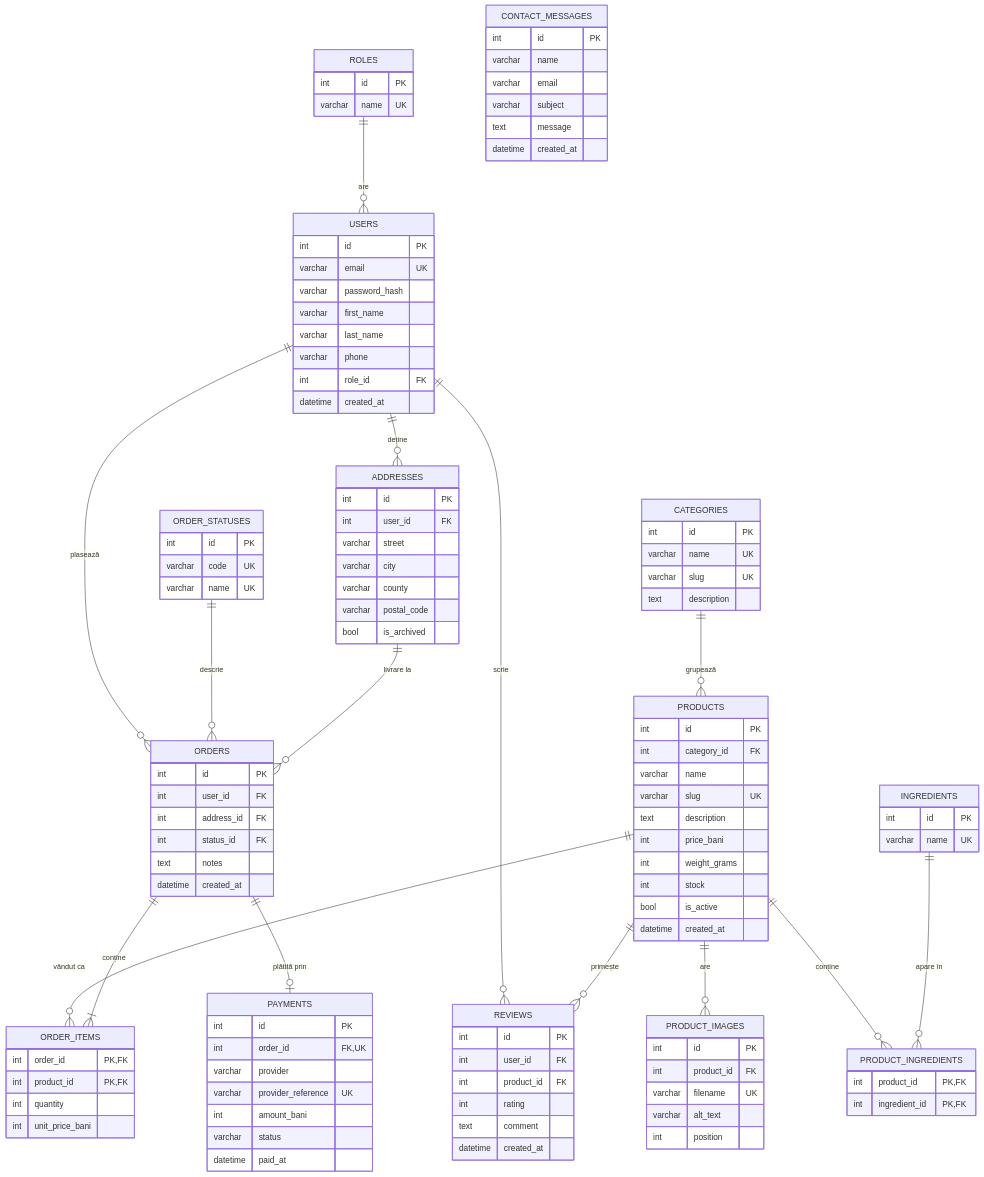
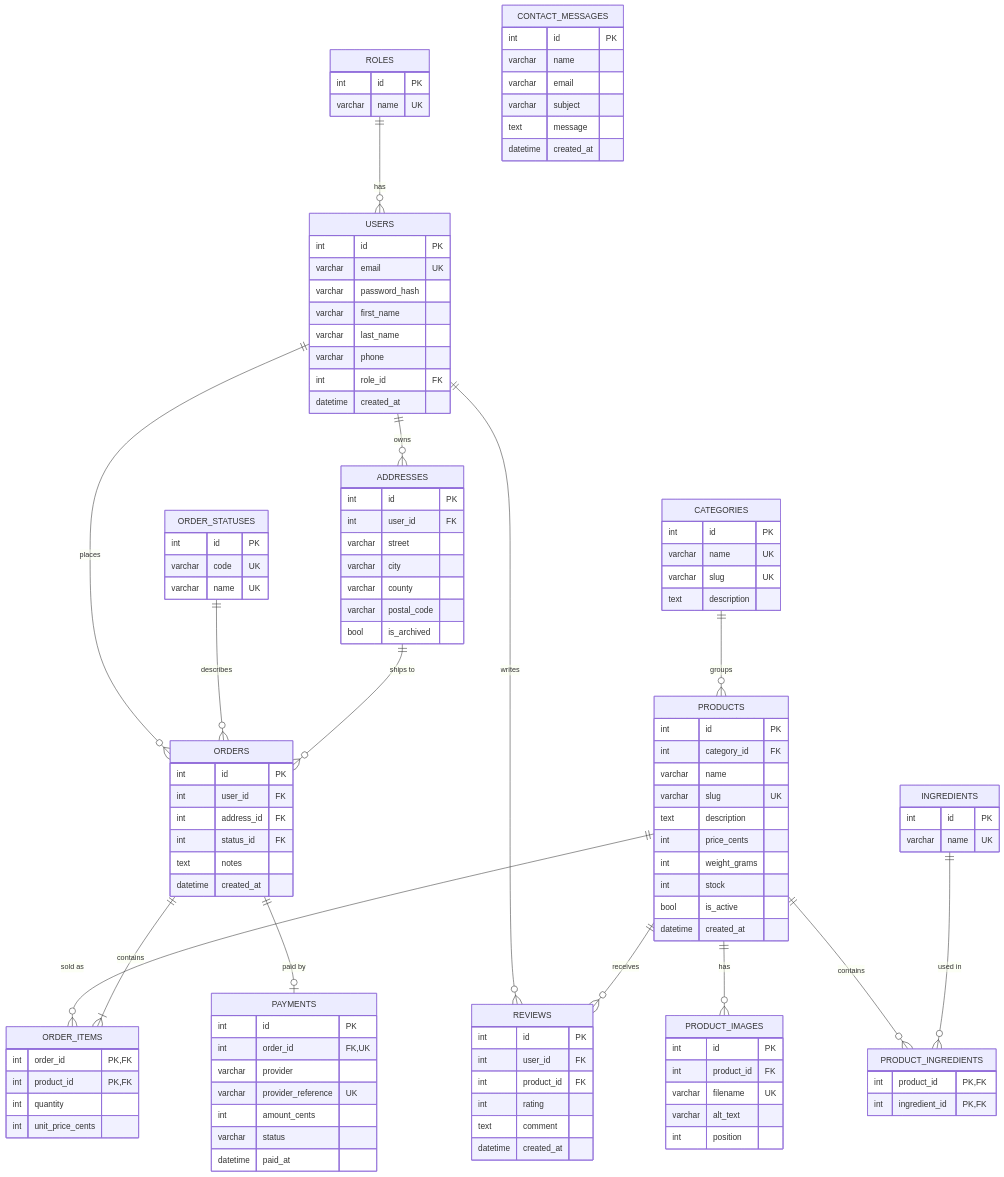
The diagram in docs/database.mmd (SebiSomu/Site-DAW), drawn with Mermaid before and after one commit. The commit also changed 8 other files, not shown here.

```diff
--- a/docs/database.mmd
+++ b/docs/database.mmd
@@ -1,115 +1,115 @@
 erDiagram
   ROLES {
     int id PK
     varchar name UK
   }
   USERS {
     int id PK
     varchar email UK
     varchar password_hash
     varchar first_name
     varchar last_name
     varchar phone
     int role_id FK
     datetime created_at
   }
   ADDRESSES {
     int id PK
     int user_id FK
     varchar street
     varchar city
     varchar county
     varchar postal_code
     bool is_archived
   }
   CATEGORIES {
     int id PK
     varchar name UK
     varchar slug UK
     text description
   }
   PRODUCTS {
     int id PK
     int category_id FK
     varchar name
     varchar slug UK
     text description
-    int price_bani
+    int price_cents
     int weight_grams
     int stock
     bool is_active
     datetime created_at
   }
   PRODUCT_IMAGES {
     int id PK
     int product_id FK
     varchar filename UK
     varchar alt_text
     int position
   }
   INGREDIENTS {
     int id PK
     varchar name UK
   }
   PRODUCT_INGREDIENTS {
     int product_id PK,FK
     int ingredient_id PK,FK
   }
   ORDER_STATUSES {
     int id PK
     varchar code UK
     varchar name UK
   }
   ORDERS {
     int id PK
     int user_id FK
     int address_id FK
     int status_id FK
     text notes
     datetime created_at
   }
   ORDER_ITEMS {
     int order_id PK,FK
     int product_id PK,FK
     int quantity
-    int unit_price_bani
+    int unit_price_cents
   }
   PAYMENTS {
     int id PK
     int order_id FK,UK
     varchar provider
     varchar provider_reference UK
-    int amount_bani
+    int amount_cents
     varchar status
     datetime paid_at
   }
   REVIEWS {
     int id PK
     int user_id FK
     int product_id FK
     int rating
     text comment
     datetime created_at
   }
   CONTACT_MESSAGES {
     int id PK
     varchar name
     varchar email
     varchar subject
     text message
     datetime created_at
   }
-  ROLES ||--o{ USERS : "are"
-  USERS ||--o{ ADDRESSES : "deține"
-  USERS ||--o{ ORDERS : "plasează"
-  USERS ||--o{ REVIEWS : "scrie"
-  CATEGORIES ||--o{ PRODUCTS : "grupează"
-  PRODUCTS ||--o{ PRODUCT_IMAGES : "are"
-  PRODUCTS ||--o{ PRODUCT_INGREDIENTS : "conține"
-  INGREDIENTS ||--o{ PRODUCT_INGREDIENTS : "apare în"
-  PRODUCTS ||--o{ ORDER_ITEMS : "vândut ca"
-  PRODUCTS ||--o{ REVIEWS : "primește"
-  ORDERS ||--|{ ORDER_ITEMS : "conține"
-  ORDER_STATUSES ||--o{ ORDERS : "descrie"
-  ADDRESSES ||--o{ ORDERS : "livrare la"
-  ORDERS ||--o| PAYMENTS : "plătită prin"
+  ROLES ||--o{ USERS : "has"
+  USERS ||--o{ ADDRESSES : "owns"
+  USERS ||--o{ ORDERS : "places"
+  USERS ||--o{ REVIEWS : "writes"
+  CATEGORIES ||--o{ PRODUCTS : "groups"
+  PRODUCTS ||--o{ PRODUCT_IMAGES : "has"
+  PRODUCTS ||--o{ PRODUCT_INGREDIENTS : "contains"
+  INGREDIENTS ||--o{ PRODUCT_INGREDIENTS : "used in"
+  PRODUCTS ||--o{ ORDER_ITEMS : "sold as"
+  PRODUCTS ||--o{ REVIEWS : "receives"
+  ORDERS ||--|{ ORDER_ITEMS : "contains"
+  ORDER_STATUSES ||--o{ ORDERS : "describes"
+  ADDRESSES ||--o{ ORDERS : "ships to"
+  ORDERS ||--o| PAYMENTS : "paid by"
```
